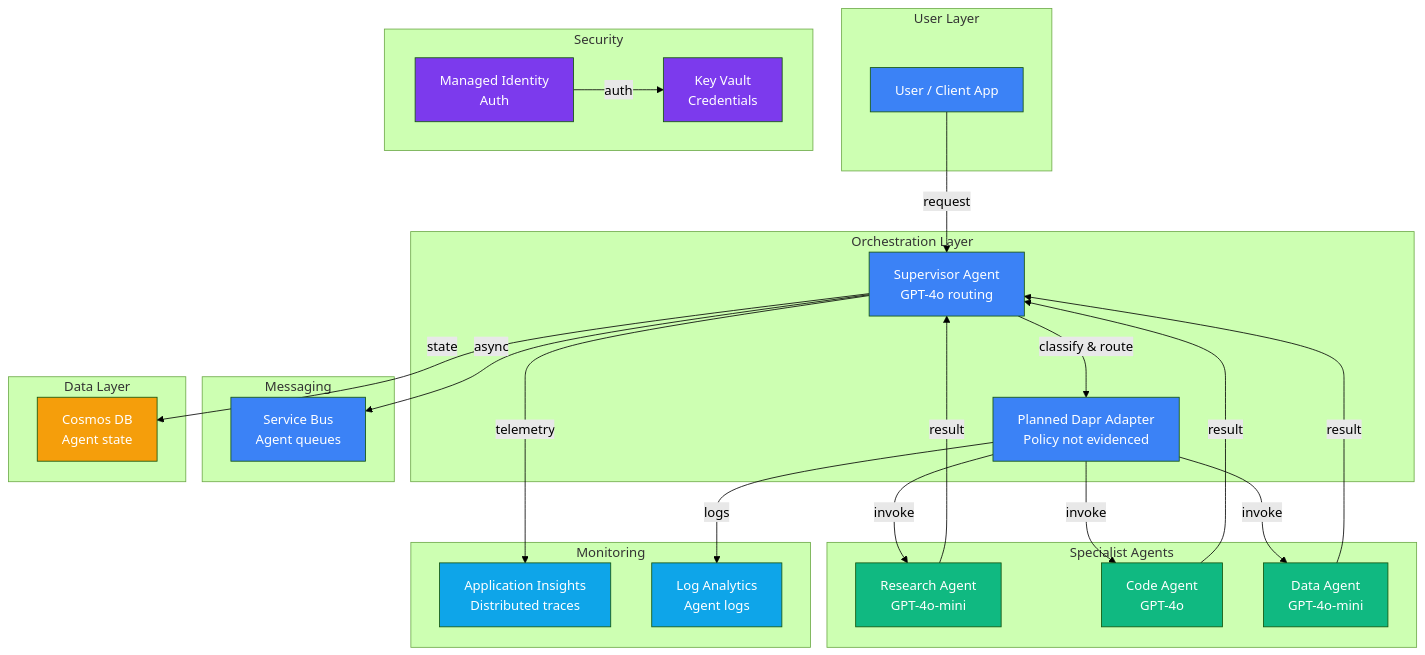
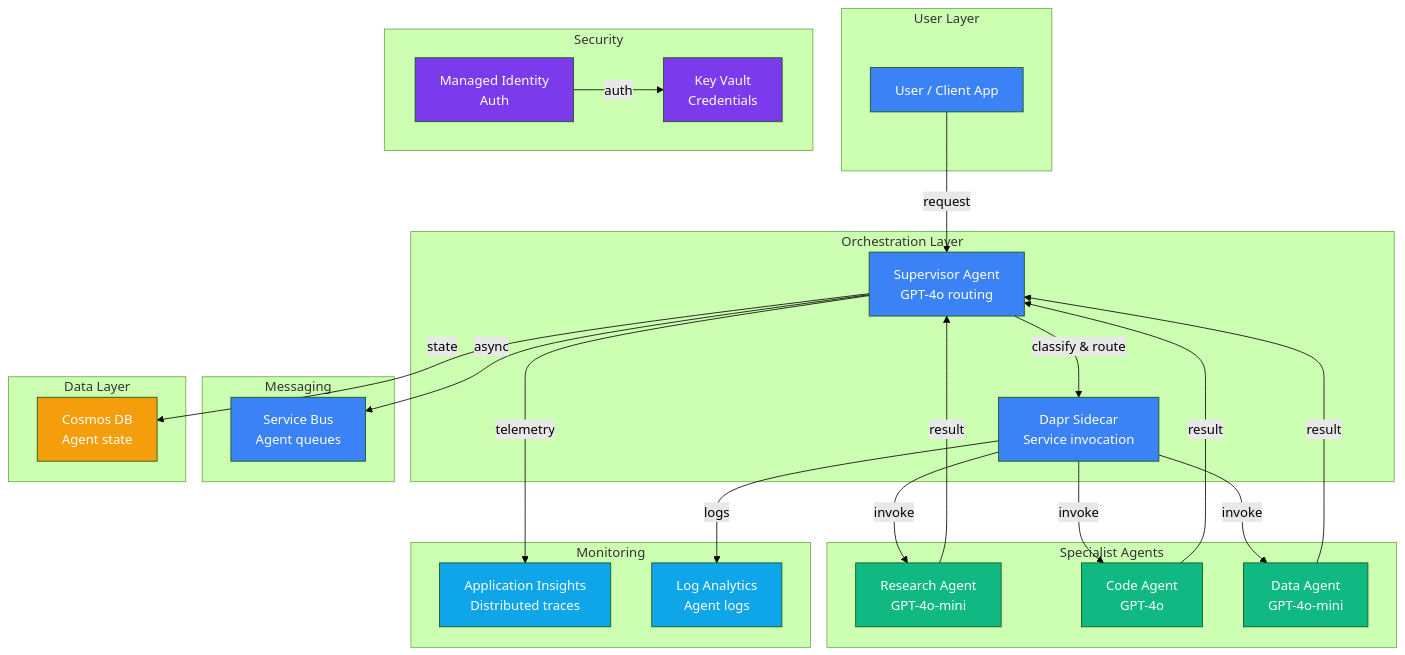
The diagram in solution-plays/07-multi-agent-service/README.md (frootai/frootai), drawn with Mermaid (forest theme) before and after one commit. The commit also changed other lines of this file and 108 other files, not shown here.

````diff
--- a/solution-plays/07-multi-agent-service/README.md
+++ b/solution-plays/07-multi-agent-service/README.md
@@ -25,62 +25,62 @@
 ```mermaid
 graph TB
     subgraph User Layer
         User[User / Client App]
     end
 
     subgraph Orchestration Layer
         SUP[Supervisor Agent<br/>GPT-4o routing]
-        DAPR[Planned Dapr Adapter<br/>Policy not evidenced]
+        DAPR[Dapr Sidecar<br/>Service invocation]
     end
 
     subgraph Specialist Agents
         RESEARCH[Research Agent<br/>GPT-4o-mini]
         CODE[Code Agent<br/>GPT-4o]
         DATA[Data Agent<br/>GPT-4o-mini]
     end
 
     subgraph Messaging
         SB[Service Bus<br/>Agent queues]
     end
 
     subgraph Data Layer
         COSMOS[Cosmos DB<br/>Agent state]
     end
 
     subgraph Security
         KV[Key Vault<br/>Credentials]
         MI[Managed Identity<br/>Auth]
     end
 
     subgraph Monitoring
         AI_INS[Application Insights<br/>Distributed traces]
         LOG[Log Analytics<br/>Agent logs]
     end
 
     User -->|request| SUP
     SUP -->|classify & route| DAPR
     DAPR -->|invoke| RESEARCH
     DAPR -->|invoke| CODE
     DAPR -->|invoke| DATA
     RESEARCH -->|result| SUP
     CODE -->|result| SUP
     DATA -->|result| SUP
     SUP -->|async| SB
     SUP -->|state| COSMOS
     MI -->|auth| KV
     SUP -->|telemetry| AI_INS
     DAPR -->|logs| LOG
 
     style User fill:#3b82f6,color:#fff
     style SUP fill:#3b82f6,color:#fff
     style DAPR fill:#3b82f6,color:#fff
     style RESEARCH fill:#10b981,color:#fff
     style CODE fill:#10b981,color:#fff
     style DATA fill:#10b981,color:#fff
     style SB fill:#3b82f6,color:#fff
     style COSMOS fill:#f59e0b,color:#fff
     style KV fill:#7c3aed,color:#fff
     style MI fill:#7c3aed,color:#fff
     style AI_INS fill:#0ea5e9,color:#fff
     style LOG fill:#0ea5e9,color:#fff
 ```
````
